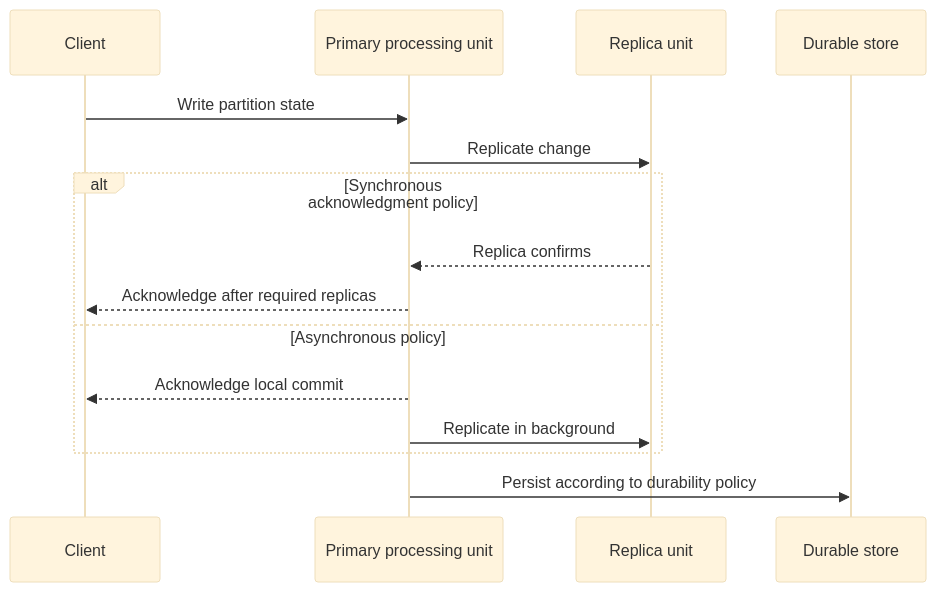
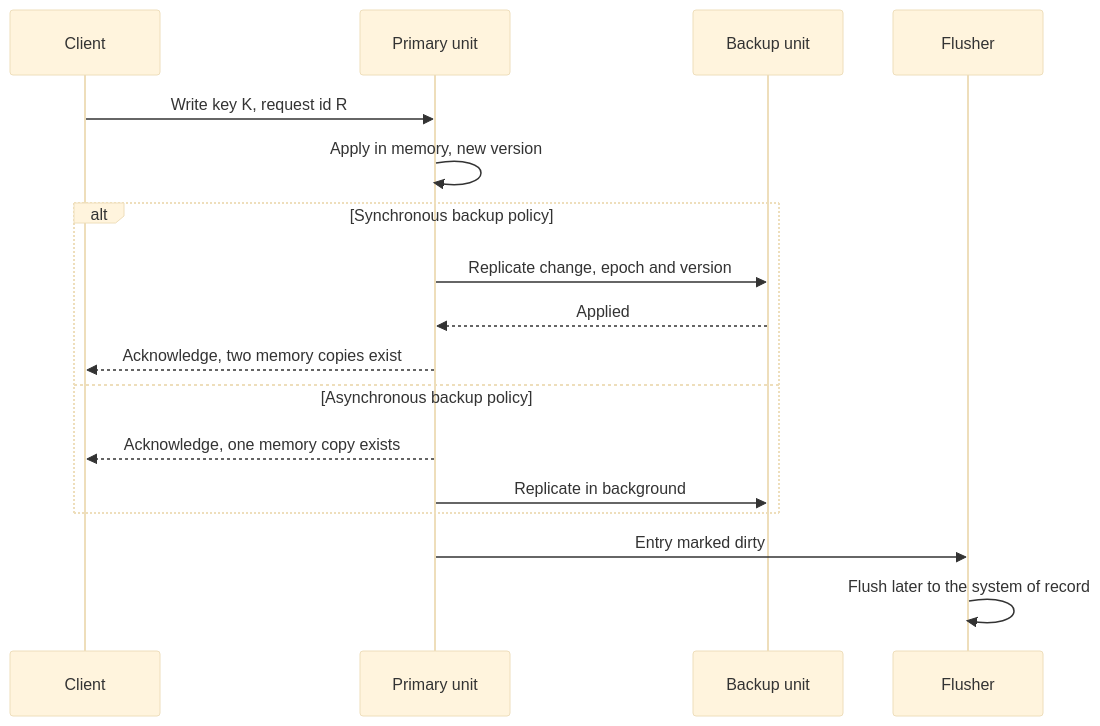
The eighth of 14 diagrams in 20_Architecture_Patterns/CH16_Space_Based_Architecture.md (joydasss/Architect), drawn with Mermaid (base theme) before and after one commit. The commit also changed other lines of this file and 295 other files, not shown here.

````diff
--- a/20_Architecture_Patterns/CH16_Space_Based_Architecture.md
+++ b/20_Architecture_Patterns/CH16_Space_Based_Architecture.md
@@ -51,17 +535,19 @@
 ```mermaid
 sequenceDiagram
-    participant Client
-    participant UnitA as Primary processing unit
-    participant Replica as Replica unit
-    participant Store as Durable store
-    Client->>UnitA: Write partition state
-    UnitA->>Replica: Replicate change
-    alt Synchronous acknowledgment policy
-        Replica-->>UnitA: Replica confirms
-        UnitA-->>Client: Acknowledge after required replicas
-    else Asynchronous policy
-        UnitA-->>Client: Acknowledge local commit
-        UnitA->>Replica: Replicate in background
+    participant C as Client
+    participant P as Primary unit
+    participant B as Backup unit
+    participant F as Flusher
+    C->>P: Write key K, request id R
+    P->>P: Apply in memory, new version
+    alt Synchronous backup policy
+        P->>B: Replicate change, epoch and version
+        B-->>P: Applied
+        P-->>C: Acknowledge, two memory copies exist
+    else Asynchronous backup policy
+        P-->>C: Acknowledge, one memory copy exists
+        P->>B: Replicate in background
     end
-    UnitA->>Store: Persist according to durability policy
+    P->>F: Entry marked dirty
+    F->>F: Flush later to the system of record
 ```
````
